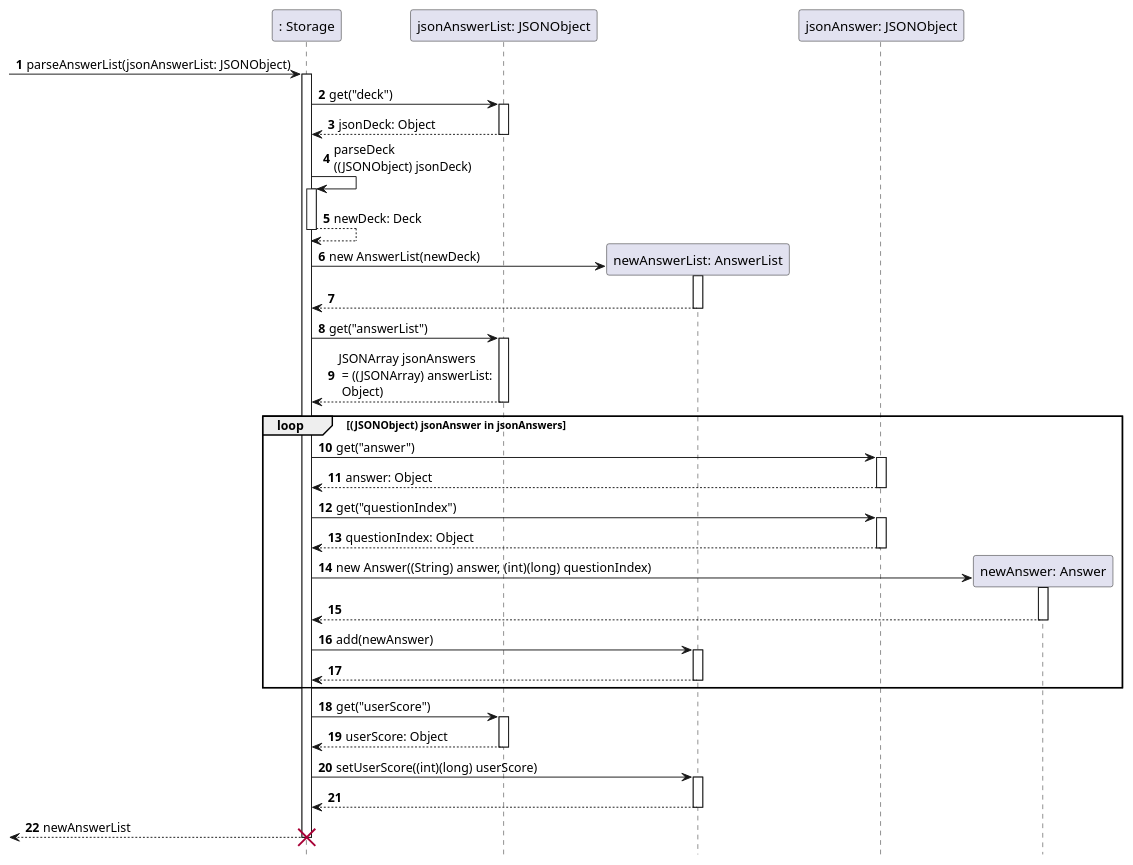
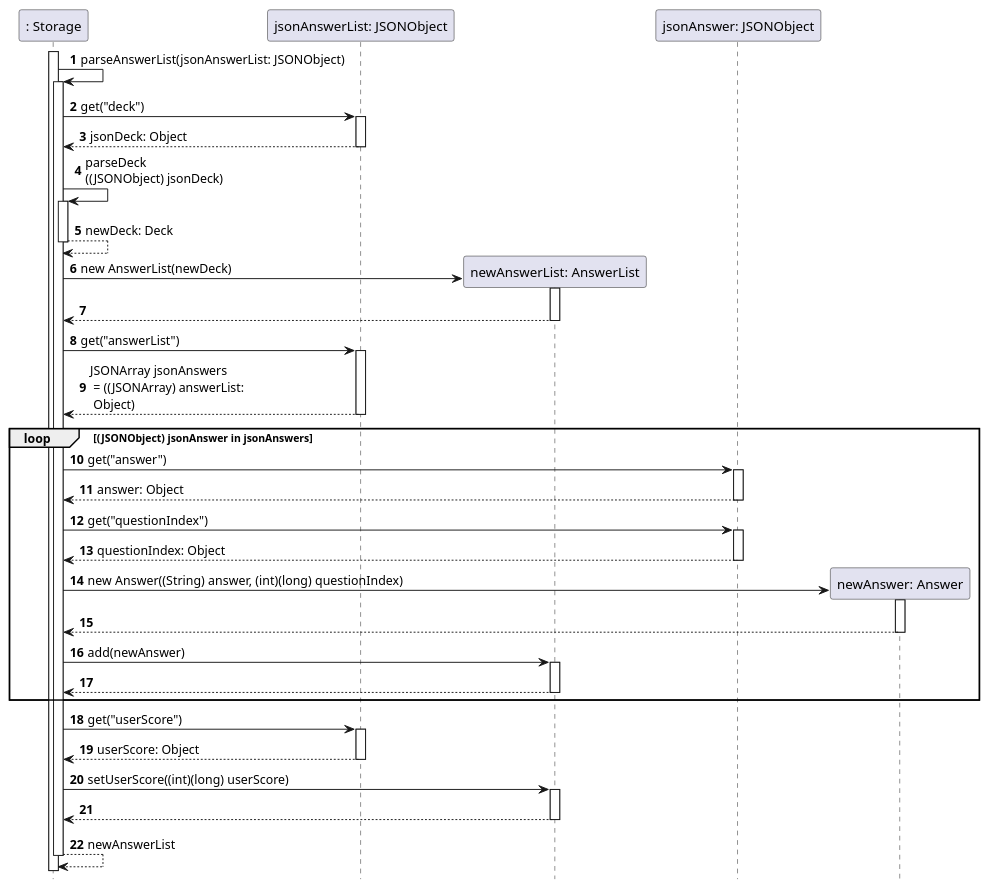
One commit to xkisxk/tp changed the diagram in docs/uml/parseAnswerListSeqDiagram.puml. Above: the diagram before and after it, drawn with PlantUML. The commit also changed 1 other file, not shown here.

Commit message:
Fixed minor inaccuracies with certain seq diagrams

```diff
--- a/docs/uml/parseAnswerListSeqDiagram.puml
+++ b/docs/uml/parseAnswerListSeqDiagram.puml
@@ -1,82 +1,84 @@
 @startuml
 'https://plantuml.com/sequence-diagram
 
 participant ": Storage" as Store
 participant "jsonAnswerList: JSONObject" as jsonAL
 participant "newAnswerList: AnswerList" as AL
 participant "jsonAnswer: JSONObject" as jsonAns
 participant "newAnswer: Answer" as Ans
 autonumber
 hide footbox
 
-[->Store: parseAnswerList(jsonAnswerList: JSONObject)
+activate Store
+
+Store->Store: parseAnswerList(jsonAnswerList: JSONObject)
 activate Store
 
 Store->jsonAL: get("deck")
 activate jsonAL
 
 Store<--jsonAL: jsonDeck: Object
 deactivate jsonAL
 
 Store->Store: parseDeck\n((JSONObject) jsonDeck)
 activate Store
 
 Store-->Store: newDeck: Deck
 deactivate Store
 
 Store->AL**:new AnswerList(newDeck)
 activate AL
 
 Store<--AL
 deactivate AL
 
 Store->jsonAL: get("answerList")
 activate jsonAL
 
 Store<--jsonAL: JSONArray jsonAnswers\n = ((JSONArray) answerList:\n Object)
 deactivate jsonAL
 
 loop (JSONObject) jsonAnswer in jsonAnswers
 
 Store->jsonAns: get("answer")
 activate jsonAns
 
 Store<--jsonAns: answer: Object
 deactivate jsonAns
 
 Store->jsonAns: get("questionIndex")
 activate jsonAns
 
 Store<--jsonAns: questionIndex: Object
 deactivate jsonAns
 
 Store->Ans**: new Answer((String) answer, (int)(long) questionIndex)
 activate Ans
 
 Store<--Ans
 deactivate Ans
 
 Store->AL: add(newAnswer)
 activate AL
 
 Store<--AL
 deactivate AL
 
 end
 
 Store->jsonAL: get("userScore")
 activate jsonAL
 
 Store<--jsonAL: userScore: Object
 deactivate jsonAL
 
 Store->AL: setUserScore((int)(long) userScore)
 activate AL
 
 Store<--AL
 deactivate AL
 
-[<--Store: newAnswerList
-destroy Store
+Store-->Store: newAnswerList
+deactivate Store
 
 @enduml
```
